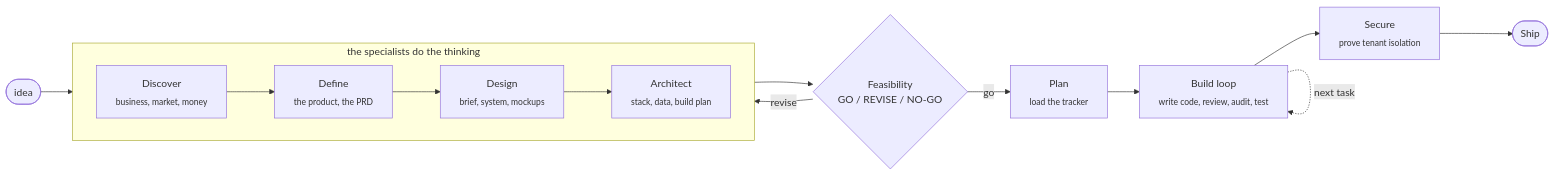
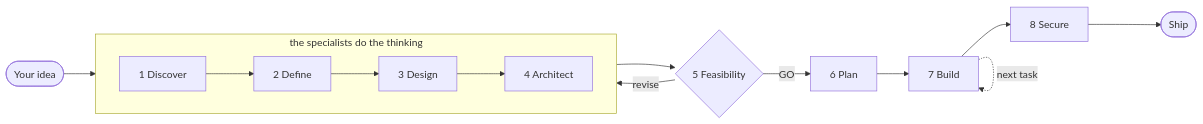
Before and after one commit to Bhargs24/keel: the diagram in README.md, drawn with Mermaid. The commit also changed other lines of this file and 5 other files, not shown here.

First line of the commit message:
Keel: fix the diagram, add the maker's story, deepen product + business

````diff
--- a/README.md
+++ b/README.md
@@ -43,15 +43,12 @@
 ```mermaid
 flowchart LR
-    I([idea]) --> D
-    subgraph RESEARCH [" the specialists do the thinking "]
+    I([Your idea]) --> D
+    subgraph R [the specialists do the thinking]
       direction LR
-      D["Discover<br/><sub>business, market, money</sub>"] --> P["Define<br/><sub>the product, the PRD</sub>"] --> DS["Design<br/><sub>brief, system, mockups</sub>"] --> A["Architect<br/><sub>stack, data, build plan</sub>"]
+      D[1 Discover] --> P[2 Define] --> DS[3 Design] --> A[4 Architect]
     end
-    A --> F{"Feasibility<br/>GO / REVISE / NO-GO"}
+    A --> F{5 Feasibility}
     F -->|revise| D
-    F -->|go| PL["Plan<br/><sub>load the tracker</sub>"]
-    PL --> B["Build loop<br/><sub>write code, review, audit, test</sub>"]
-    B --> S["Secure<br/><sub>prove tenant isolation</sub>"]
-    S --> SH([Ship])
+    F -->|GO| PL[6 Plan] --> B[7 Build] --> S[8 Secure] --> SH([Ship])
     B -.->|next task| B
 ```
````
